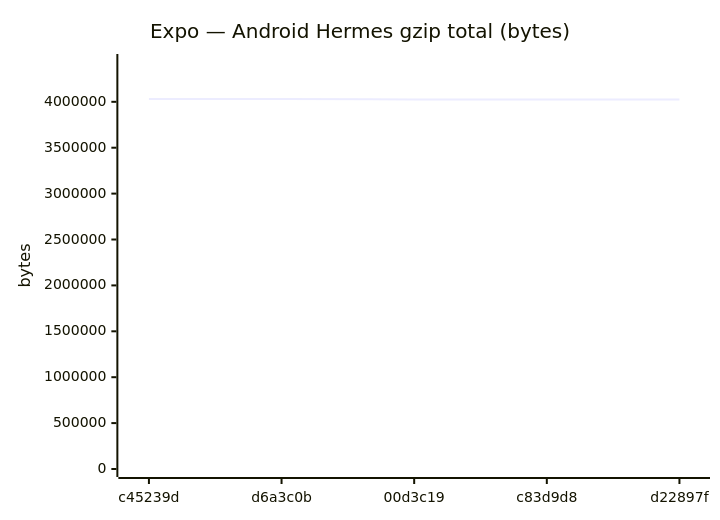
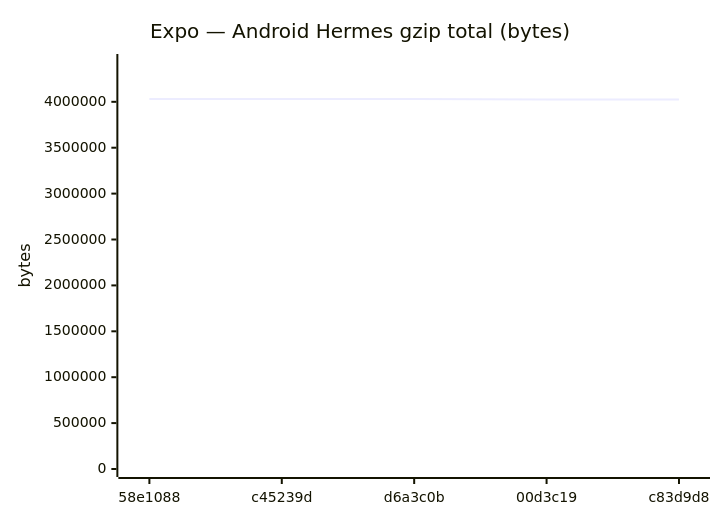
One commit to Metaheurist/Rianell changed diagram 11 of 18 in benchmarks/compare.md. Above: the diagram before and after it, drawn with Mermaid. The commit also changed other lines of this file and 11 other files, not shown here.

````diff
--- a/benchmarks/compare.md
+++ b/benchmarks/compare.md
@@ -172,7 +172,7 @@
 ```mermaid
 xychart-beta
     title "Expo — Android Hermes gzip total (bytes)"
-    x-axis ["c45239d", "d6a3c0b", "00d3c19", "c83d9d8", "d22897f"]
+    x-axis ["58e1088", "c45239d", "d6a3c0b", "00d3c19", "c83d9d8"]
     y-axis "bytes" 0 --> 4433703
-    line [4030634, 4030639, 4025609, 4026084, 4023969]
+    line [4030638, 4030634, 4030639, 4025609, 4026084]
 ```
````
